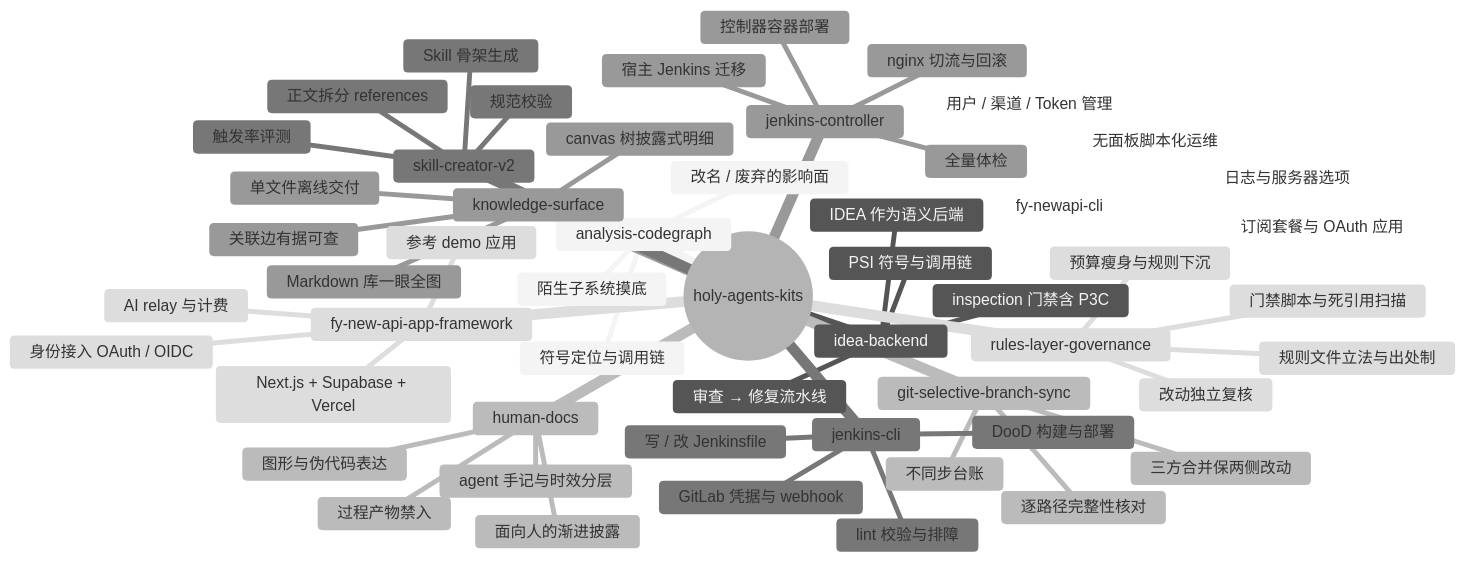
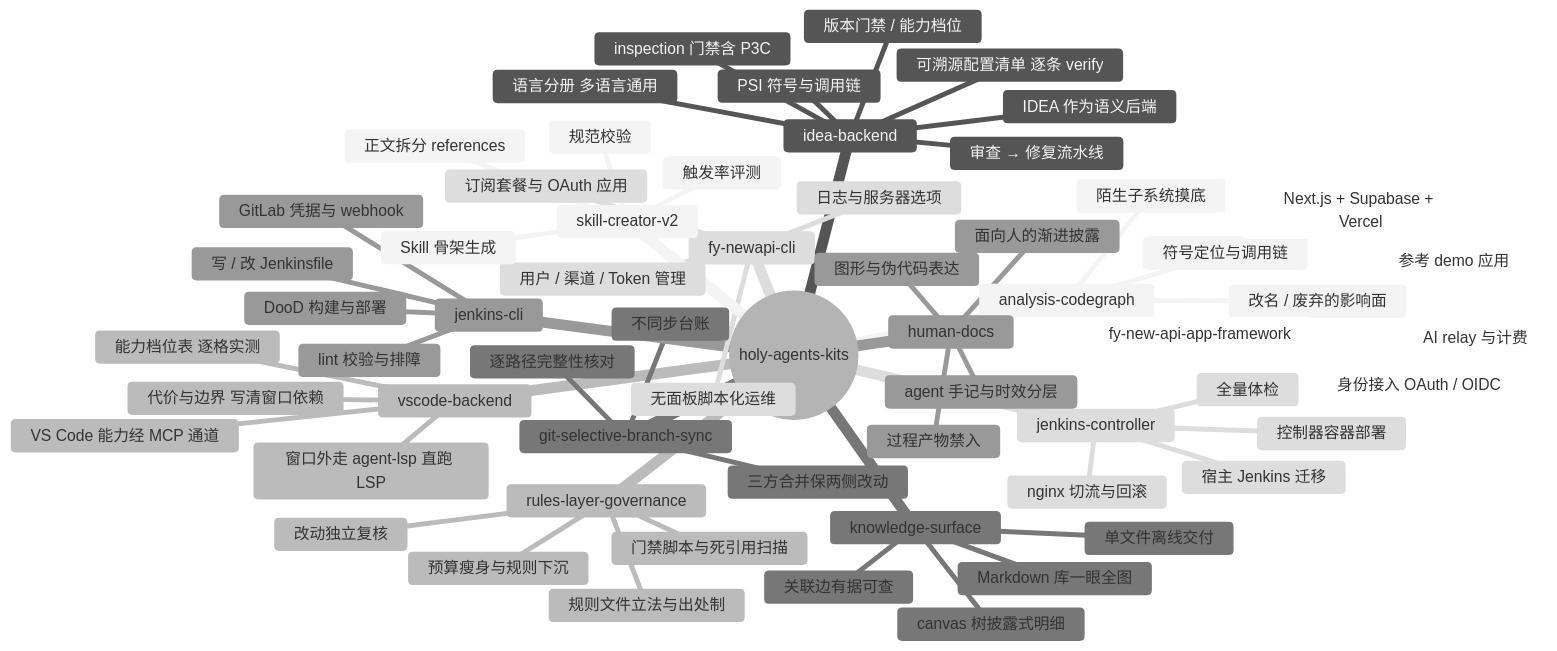
One commit to monsterbude123/holy-agents-kits changed the diagram in README.md. Above: the diagram before and after it, drawn with Mermaid (neutral theme). The commit also changed other lines of this file and 173 other files, not shown here.

````diff
--- a/README.md
+++ b/README.md
@@ -13,57 +13,65 @@
 ```mermaid
 mindmap
   root((holy-agents-kits))
     analysis-codegraph
       符号定位与调用链
       改名 / 废弃的影响面
       陌生子系统摸底
     idea-backend
       IDEA 作为语义后端
       PSI 符号与调用链
       inspection 门禁含 P3C
       审查 → 修复流水线
+      语言分册 多语言通用
+      版本门禁 / 能力档位
+      可溯源配置清单 逐条 verify
+    vscode-backend
+      VS Code 能力经 MCP 通道
+      窗口外走 agent-lsp 直跑 LSP
+      能力档位表 逐格实测
+      代价与边界 写清窗口依赖
     git-selective-branch-sync
       三方合并保两侧改动
       不同步台账
       逐路径完整性核对
     jenkins-cli
       写 / 改 Jenkinsfile
       DooD 构建与部署
       GitLab 凭据与 webhook
       lint 校验与排障
     jenkins-controller
       控制器容器部署
       宿主 Jenkins 迁移
       nginx 切流与回滚
       全量体检
     fy-new-api-app-framework
       身份接入 OAuth / OIDC
       AI relay 与计费
       Next.js + Supabase + Vercel
       参考 demo 应用
     fy-newapi-cli
       用户 / 渠道 / Token 管理
       日志与服务器选项
       订阅套餐与 OAuth 应用
       无面板脚本化运维
     rules-layer-governance
       规则文件立法与出处制
       预算瘦身与规则下沉
       门禁脚本与死引用扫描
       改动独立复核
     human-docs
       面向人的渐进披露
       图形与伪代码表达
       过程产物禁入
       agent 手记与时效分层
     knowledge-surface
       Markdown 库一眼全图
       canvas 树披露式明细
       关联边有据可查
       单文件离线交付
     skill-creator-v2
       Skill 骨架生成
       正文拆分 references
       规范校验
       触发率评测
 ```
````
